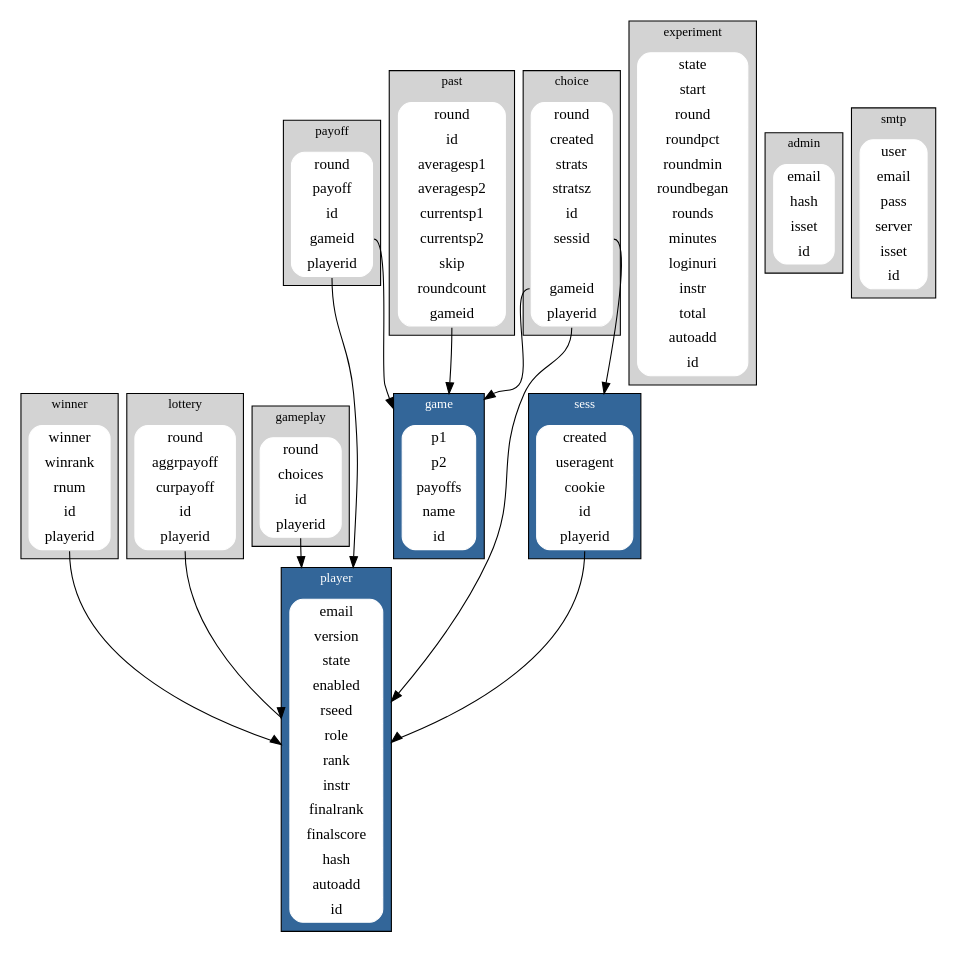
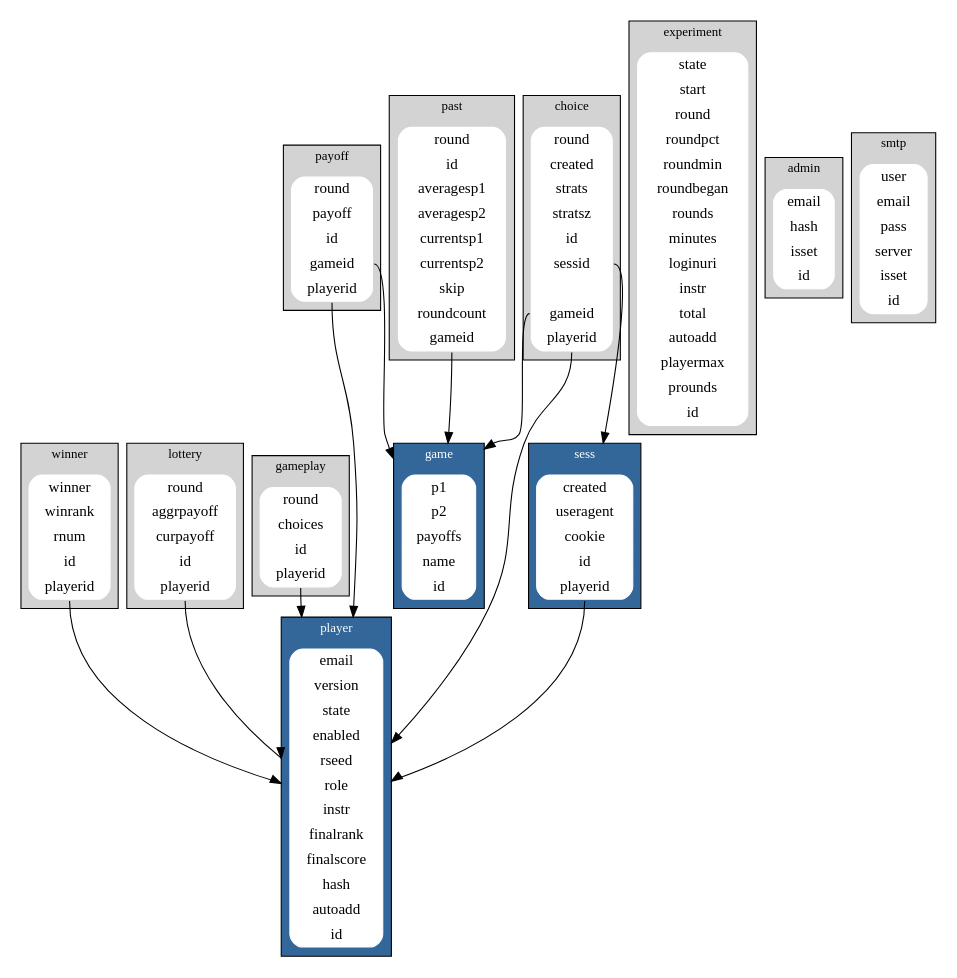
The diagram in gamelab.dot (kristapsdz/gamelab), drawn with Graphviz before and after one commit. The commit also changed 15 other files, not shown here.

Commit message:
Document new version information. Fix initial-player assignments.

```diff
--- a/gamelab.dot
+++ b/gamelab.dot
@@ -1,80 +1,80 @@
 digraph {
 	fontsize="12";
 	compound=true;
 	node [shape="record"];
 
 	subgraph cluster_winner {
 		winner [style="filled,rounded"; color="white"; label="{winner | winrank | rnum | id | <f0> playerid}"];
 		label="winner";
 		bgcolor="lightgray";
 	}
 	subgraph cluster_player {
-		player [style="filled,rounded"; color="white"; label="{email | version | state | enabled | rseed | role | rank | instr | finalrank | finalscore | hash | autoadd | id}"];
+		player [style="filled,rounded"; color="white"; label="{email | version | state | enabled | rseed | role | instr | finalrank | finalscore | hash | autoadd | id}"];
 		label="player";
 		fontcolor=white;
 		bgcolor="#336699";
 	}
 	subgraph cluster_lottery {
 		lottery [style="filled,rounded"; color="white"; label="{round | aggrpayoff | curpayoff | id | <f0> playerid}"];
 		label="lottery";
 		bgcolor="lightgray";
 	}
 	subgraph cluster_gameplay {
 		gameplay [style="filled,rounded"; color="white"; label="{round | choices | id | <f0>playerid}"];
 		label="gameplay";
 		bgcolor="lightgray";
 	}
 	subgraph cluster_payoff {
 		payoff [style="filled,rounded"; color="white"; label="{round | payoff | id | <f1> gameid | <f0>playerid}"];
 		label="payoff";
 		bgcolor="lightgray";
 	}
 	subgraph cluster_choice {
 		choice [style="filled,rounded"; color="white"; label="{round | created | strats | stratsz | id | <f2> sessid | | <f1> gameid | <f0> playerid}"];
 		label="choice";
 		bgcolor="lightgray";
 	}
 	subgraph cluster_game {
 		game [style="filled,rounded"; color="white"; label="{p1 | p2 | payoffs | name | id}"];
 		label="game";
 		fontcolor=white;
 		bgcolor="#336699";
 	}
 	subgraph cluster_experiment {
-		experiment [style="filled,rounded"; color="white"; label="{state | start | round | roundpct | roundmin | roundbegan | rounds | minutes | loginuri | instr | total | autoadd | id}"];
+		experiment [style="filled,rounded"; color="white"; label="{state | start | round | roundpct | roundmin | roundbegan | rounds | minutes | loginuri | instr | total | autoadd | playermax | prounds | id}"];
 		label="experiment";
 		bgcolor="lightgray";
 	}
 	subgraph cluster_sess {
 		sess [style="filled,rounded"; color="white"; label="{created | useragent | cookie | id | <f0> playerid}"];
 		label="sess";
 		fontcolor=white;
 		bgcolor="#336699";
 	}
 	subgraph cluster_admin {
 		admin [style="filled,rounded"; color="white"; label="{email | hash | isset | id}"];
 		label="admin";
 		bgcolor="lightgray";
 	}
 	subgraph cluster_past {
 		past [style="filled,rounded"; color="white"; label="{round | id | averagesp1 | averagesp2 | currentsp1 | currentsp2 | skip | roundcount | <f1> gameid}"];
 		label="past";
 		bgcolor="lightgray";
 	}
 	subgraph cluster_smtp {
 		smtp [style="filled,rounded"; color="white"; label="{user | email | pass | server | isset | id}"];
 		label="smtp";
 		bgcolor="lightgray";
 	}
 
 	winner:s:f0 -> player [lhead="cluster_player"];
 	lottery:s:f0 -> player [lhead="cluster_player"];
 	gameplay:s:f0 -> player [lhead="cluster_player"];
 	payoff:s:f0 -> player [lhead="cluster_player"];
 	payoff:f1 -> game [lhead="cluster_game"];
 	choice:s:f0 -> player [lhead="cluster_player"];
 	choice:f1 -> game [lhead="cluster_game"];
 	choice:f2 -> sess [lhead="cluster_sess"];
 	sess:s:f0 -> player [lhead="cluster_player"];
 	past:s:f1 -> game [lhead="cluster_game"];
 }
```
